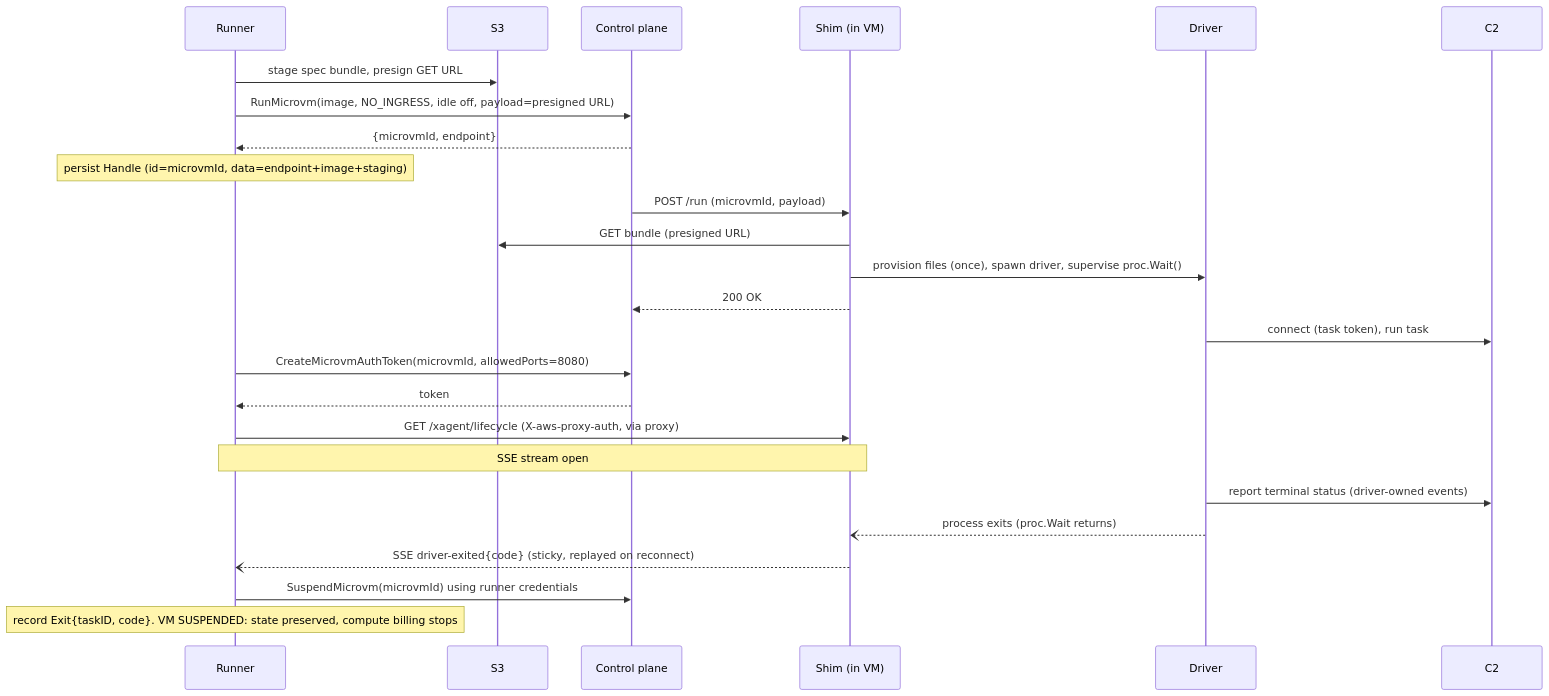
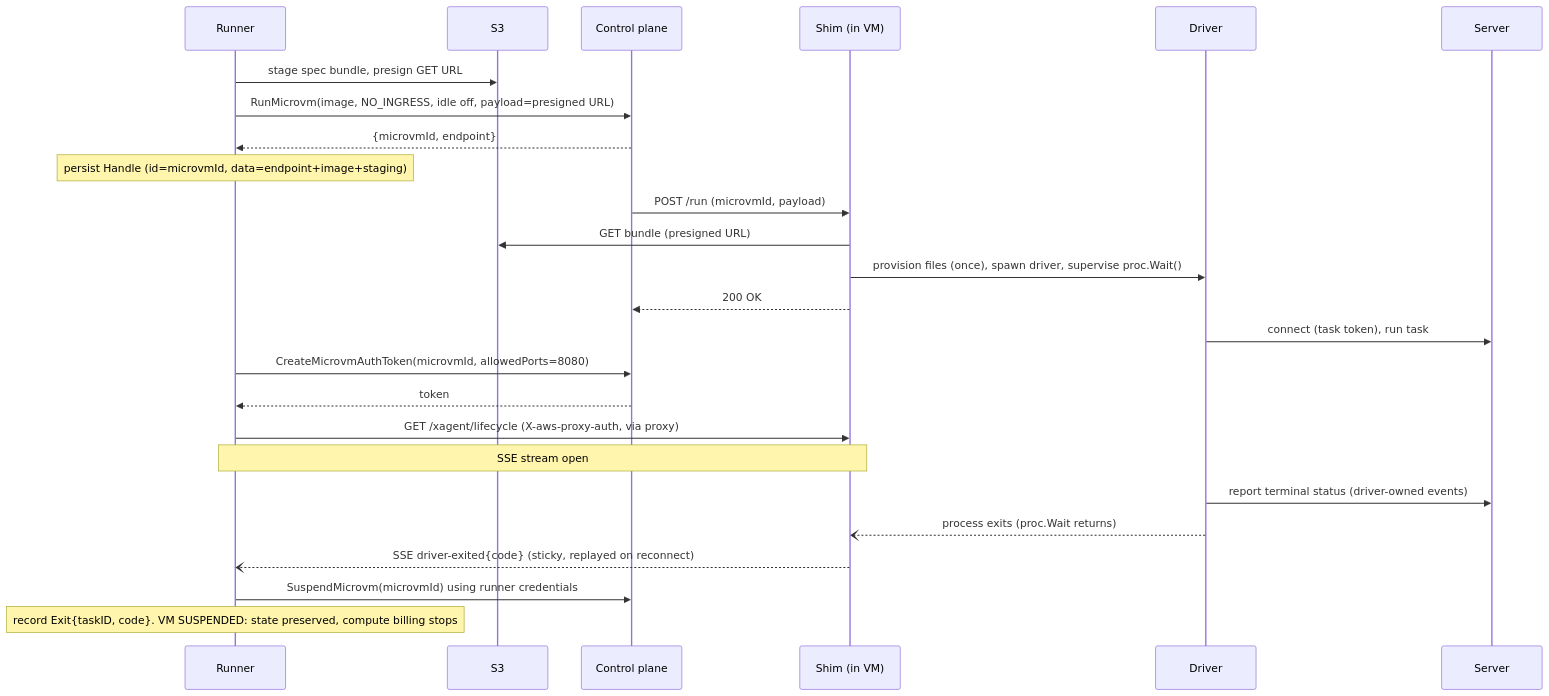
Before and after one commit to icholy/xagent: the first of 4 diagrams in proposals/draft/lambda-microvm-backend.md, drawn with Mermaid. The commit also changed other lines of this file and 33 other files, not shown here.

````diff
--- a/proposals/draft/lambda-microvm-backend.md
+++ b/proposals/draft/lambda-microvm-backend.md
@@ -274,30 +274,30 @@
 ```mermaid
 sequenceDiagram
     participant R as Runner
     participant S3
     participant CP as Control plane
     participant Shim as Shim (in VM)
     participant Drv as Driver
-    participant C2
+    participant Server
 
     R->>S3: stage spec bundle, presign GET URL
     R->>CP: RunMicrovm(image, NO_INGRESS, idle off, payload=presigned URL)
     CP-->>R: {microvmId, endpoint}
     Note over R: persist Handle (id=microvmId, data=endpoint+image+staging)
     CP->>Shim: POST /run (microvmId, payload)
     Shim->>S3: GET bundle (presigned URL)
     Shim->>Drv: provision files (once), spawn driver, supervise proc.Wait()
     Shim-->>CP: 200 OK
-    Drv->>C2: connect (task token), run task
+    Drv->>Server: connect (task token), run task
 
     R->>CP: CreateMicrovmAuthToken(microvmId, allowedPorts=8080)
     CP-->>R: token
     R->>Shim: GET /xagent/lifecycle (X-aws-proxy-auth, via proxy)
     Note over R,Shim: SSE stream open
 
-    Drv->>C2: report terminal status (driver-owned events)
+    Drv->>Server: report terminal status (driver-owned events)
     Drv--)Shim: process exits (proc.Wait returns)
     Shim--)R: SSE driver-exited{code} (sticky, replayed on reconnect)
     R->>CP: SuspendMicrovm(microvmId) using runner credentials
     Note over R: record Exit{taskID, code}. VM SUSPENDED: state preserved, compute billing stops
 ```
````
